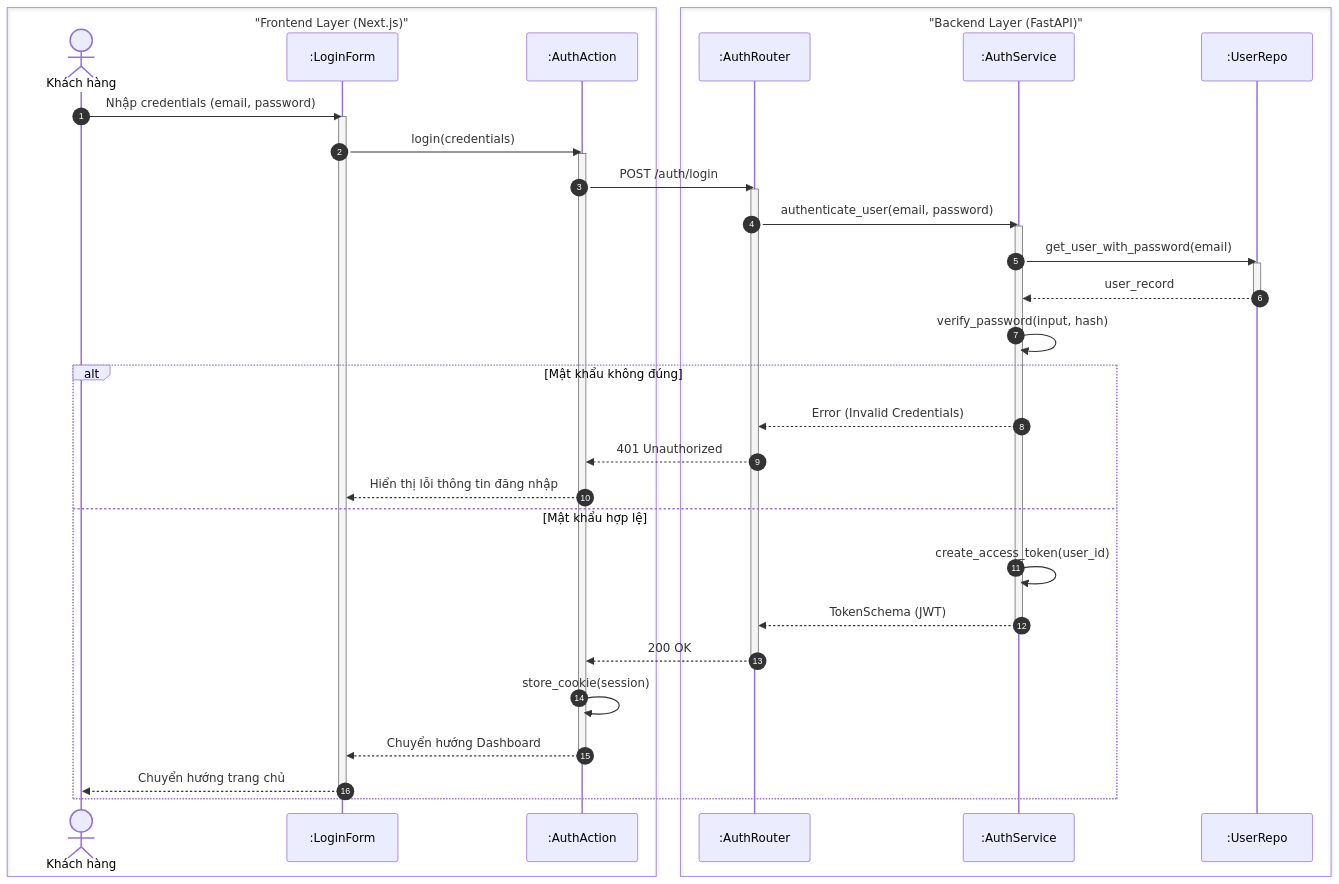
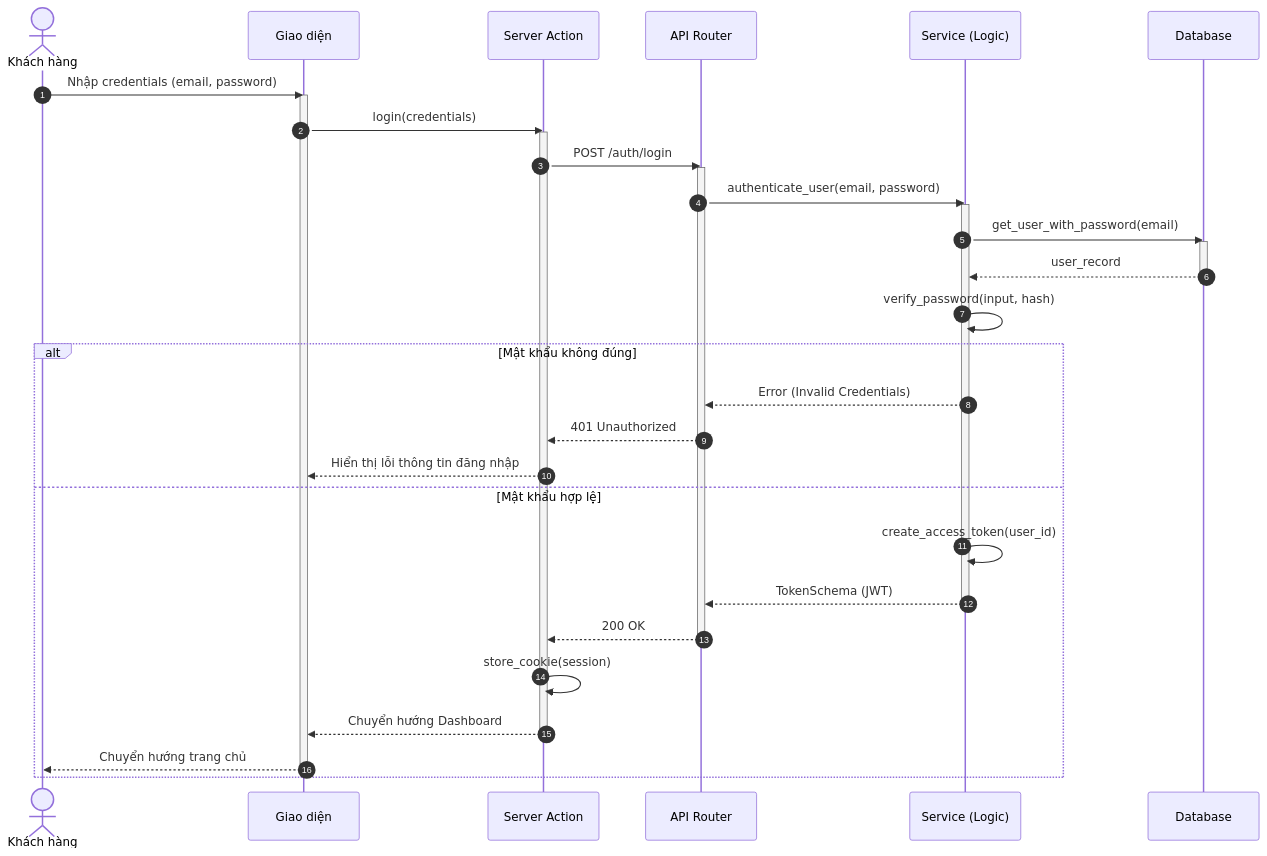
The third of 8 diagrams in docs/design/sequences/authentication.md (ngoctinn/Synapse), drawn with Mermaid before and after one commit. The commit also changed other lines of this file and 4 other files, not shown here.

Commit message:
docs: Add initial sequence diagrams for admin, authentication, customer, receptionist, and technician flows.

````diff
--- a/docs/design/sequences/authentication.md
+++ b/docs/design/sequences/authentication.md
@@ -136,53 +126,48 @@
 ```mermaid
 sequenceDiagram
     autonumber
-    box "Frontend Layer (Next.js)"
-        actor KH as Khách hàng
-        participant UI as :LoginForm
-        participant BFF as :AuthAction
-    end
-
-    box "Backend Layer (FastAPI)"
-        participant API as :AuthRouter
-        participant S as :AuthService
-        participant DB as :UserRepo
-    end
+    actor KH as Khách hàng
+    participant UI as Giao diện
+    participant BFF as Server Action
+    participant API as API Router
+    participant S as Service (Logic)
+    participant DB as Database
 
     KH->>UI: Nhập credentials (email, password)
     activate UI
     UI->>BFF: login(credentials)
     activate BFF
 
     BFF->>API: POST /auth/login
     activate API
 
     API->>S: authenticate_user(email, password)
     activate S
 
     S->>DB: get_user_with_password(email)
     activate DB
     DB-->>S: user_record
     deactivate DB
 
     S->>S: verify_password(input, hash)
 
     alt Mật khẩu không đúng
         S-->>API: Error (Invalid Credentials)
         API-->>BFF: 401 Unauthorized
         BFF-->>UI: Hiển thị lỗi thông tin đăng nhập
     else Mật khẩu hợp lệ
         S->>S: create_access_token(user_id)
         S-->>API: TokenSchema (JWT)
         deactivate S
 
         API-->>BFF: 200 OK
         deactivate API
 
         BFF->>BFF: store_cookie(session)
         BFF-->>UI: Chuyển hướng Dashboard
         deactivate BFF
 
         UI-->>KH: Chuyển hướng trang chủ
         deactivate UI
     end
 ```
````
